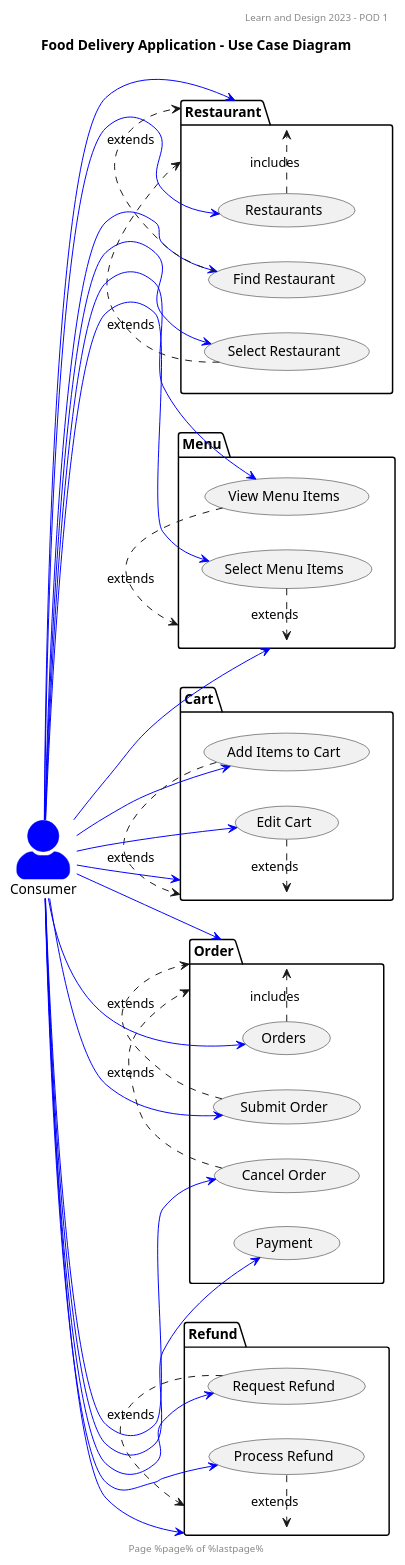
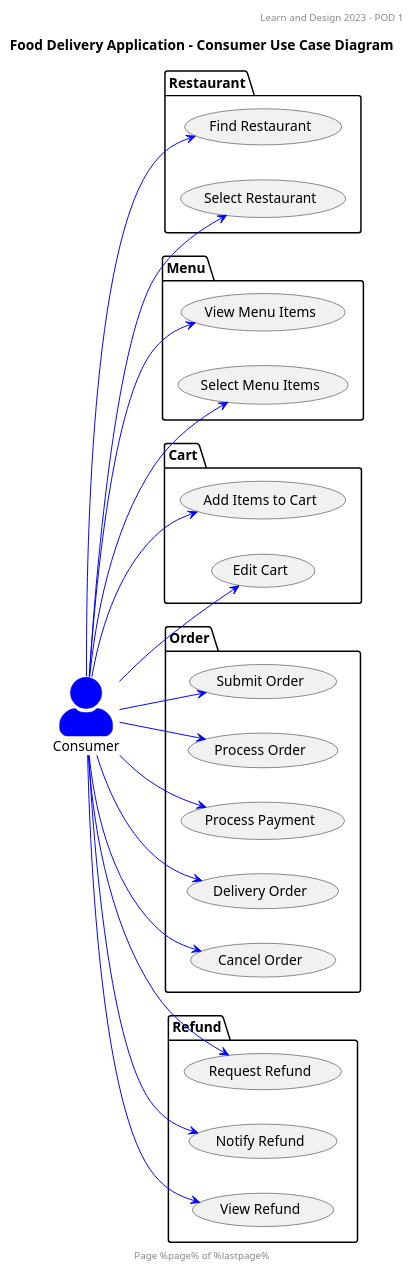
The diagram in UseCaseDiagrams/FoodDeliveryApp-Consumer-UseCases.puml (WestonDockstader/FoodDeliveryApp), drawn with PlantUML before and after one commit. The commit also changed 8 other files, not shown here.

```diff
--- a/UseCaseDiagrams/FoodDeliveryApp-Consumer-UseCases.puml
+++ b/UseCaseDiagrams/FoodDeliveryApp-Consumer-UseCases.puml
@@ -1,55 +1,41 @@
 @startuml
 header Learn and Design 2023 - POD 1
 footer Page %page% of %lastpage%
-title: Food Delivery Application - Use Case Diagram
+title: Food Delivery Application - Consumer Use Case Diagram
 
 skinparam actorStyle awesome
 
 left to right direction
 
 actor Consumer #blue;line:blue
 
 Package Restaurant {
-    Consumer -[#blue]-> (Restaurant)
-    Consumer -[#blue]-> (Restaurants)
-    (Restaurants) .> (Restaurant) : includes
     Consumer -[#blue]-> (Find Restaurant)
     Consumer -[#blue]-> (Select Restaurant)
-    (Find Restaurant) .> (Restaurant) : extends
-    (Select Restaurant) .> (Restaurant) : extends
 }
+
 Package Menu {
-    Consumer -[#blue]-> (Menu)
     Consumer -[#blue]-> (View Menu Items)
     Consumer -[#blue]-> (Select Menu Items)
-    (View Menu Items) .> (Menu) : extends
-    (Select Menu Items) .> (Menu) : extends
 }
 
 Package Cart {
-    Consumer -[#blue]-> (Cart)
     Consumer -[#blue]-> (Add Items to Cart)
     Consumer -[#blue]-> (Edit Cart)
-    (Add Items to Cart) .> (Cart) : extends
-    (Edit Cart) .> (Cart) : extends
+}
 
+Package Order {
+    Consumer -[#blue]-> (Submit Order)
+    Consumer -[#blue]-> (Process Order)
+    Consumer -[#blue]-> (Process Payment)
+    Consumer -[#blue]-> (Delivery Order)
+    Consumer -[#blue]-> (Cancel Order)
 }
-Package Order {
-    Consumer -[#blue]-> (Order)
-    Consumer -[#blue]-> (Orders)
-    (Orders) .> (Order) : includes
-    Consumer -[#blue]-> (Submit Order)
-    Consumer -[#blue]-> (Cancel Order)
-    Consumer -[#blue]-> (Payment)
-    (Submit Order) .> (Order) : extends
-    (Cancel Order) .> (Order) : extends
-}
+
 package Refund {
-    Consumer -[#blue]-> (Refund)
     Consumer -[#blue]-> (Request Refund)
-    Consumer -[#blue]-> (Process Refund)
-    (Request Refund) .> (Refund) : extends
-    (Process Refund) .> (Refund) : extends
+    Consumer -[#blue]-> (Notify Refund)
+    Consumer -[#blue]-> (View Refund)
 }
 
 @enduml
```
